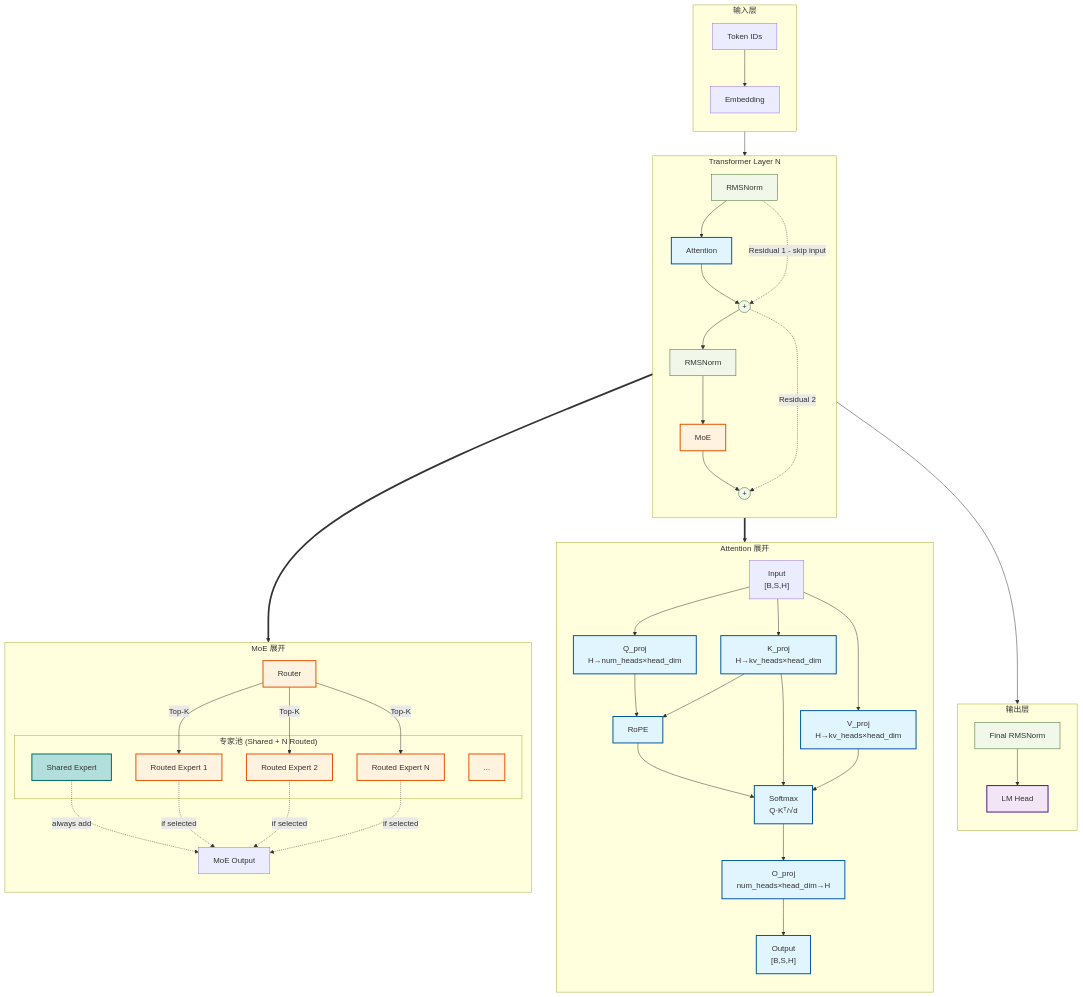
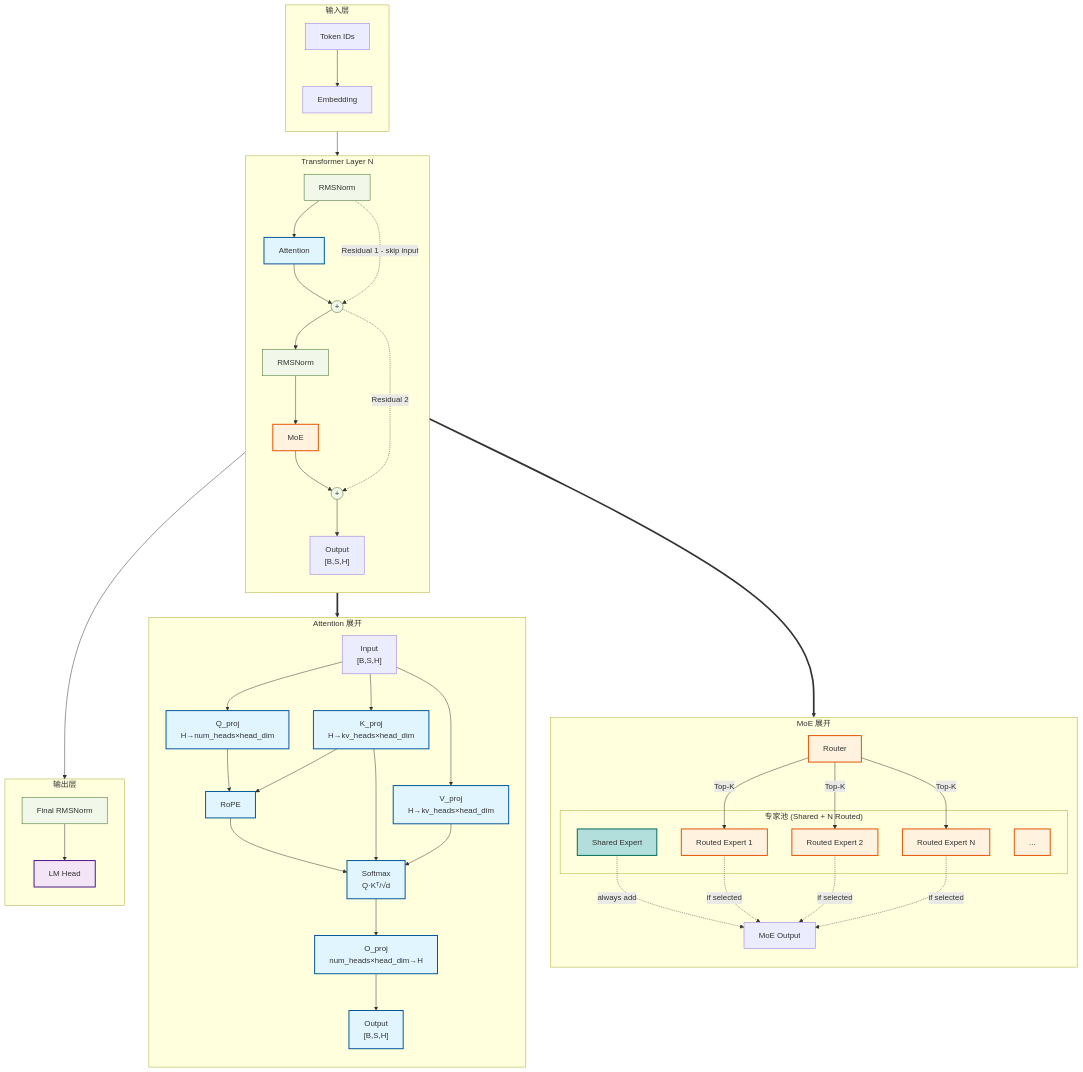
Before and after one commit to kevinoldching/agent-skills: the first of 2 diagrams in llm_arch_generator/SKILL.md, drawn with Mermaid. The commit also changed other lines of this file and 1 other file, not shown here.

First line of the commit message:
fix: update Level 2 template with correct subgraph scoping and expand verify_mermaid.py

````diff
--- a/llm_arch_generator/SKILL.md
+++ b/llm_arch_generator/SKILL.md
@@ -213,7 +215,7 @@
         Tokens["Token IDs"] --> Embed["Embedding"]
     end
 
-    %% === Transformer Layer ===
+    %% === 单个 Transformer Layer（占位符） ===
     subgraph Transformer_Layer ["Transformer Layer N"]
         direction TB
 
@@ -229,6 +231,9 @@
         moe_module --> add2((+)):::norm
         %% Residual 2：来自 attention 输出
         add1 -.-> |Residual 2| add2
+
+        %% 层输出节点（供外部连接）
+        add2 --> Layer_Out["Output<br/>[B,S,H]"]
     end
 
     %% === MoE 展开（顶层子图） ===
@@ -276,18 +281,16 @@
     %% === 输出层 ===
     subgraph Output_Stage ["输出层"]
         direction TB
-        %% 注意：此阶段的输入（如 Out_M1 或 add2）必须来自前一阶段的输出节点，而不是子图容器
         final_norm["Final RMSNorm"]:::norm
         Head["LM Head"]:::output_stage
         final_norm --> Head
     end
 
-    %% === 全局连接 ===
-    Embed --> ln1
-    add2 --> final_norm
-    %% 注意：对于 MoE 模型，使用 Out_M1 --> Final_Norm 而不是 add2 --> final_norm
+    %% === 全局连接（子图容器级连接，不是内部节点） ===
+    Input_Stage --> Transformer_Layer
+    Transformer_Layer --> Output_Stage
 
     %% === 展开关系（==>> 指向顶层子图容器） ===
+    attn_module ==> Attention_Detail
     moe_module ==> MoE_Detail
-    attn_module ==> Attention_Detail
 ```
````
